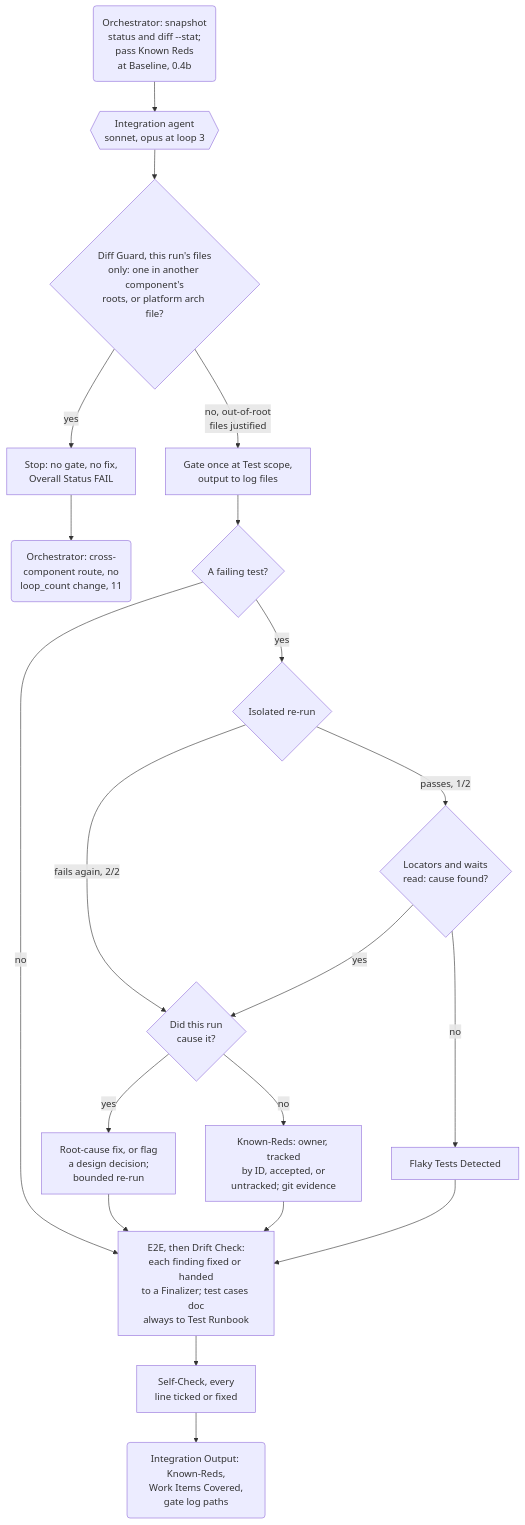
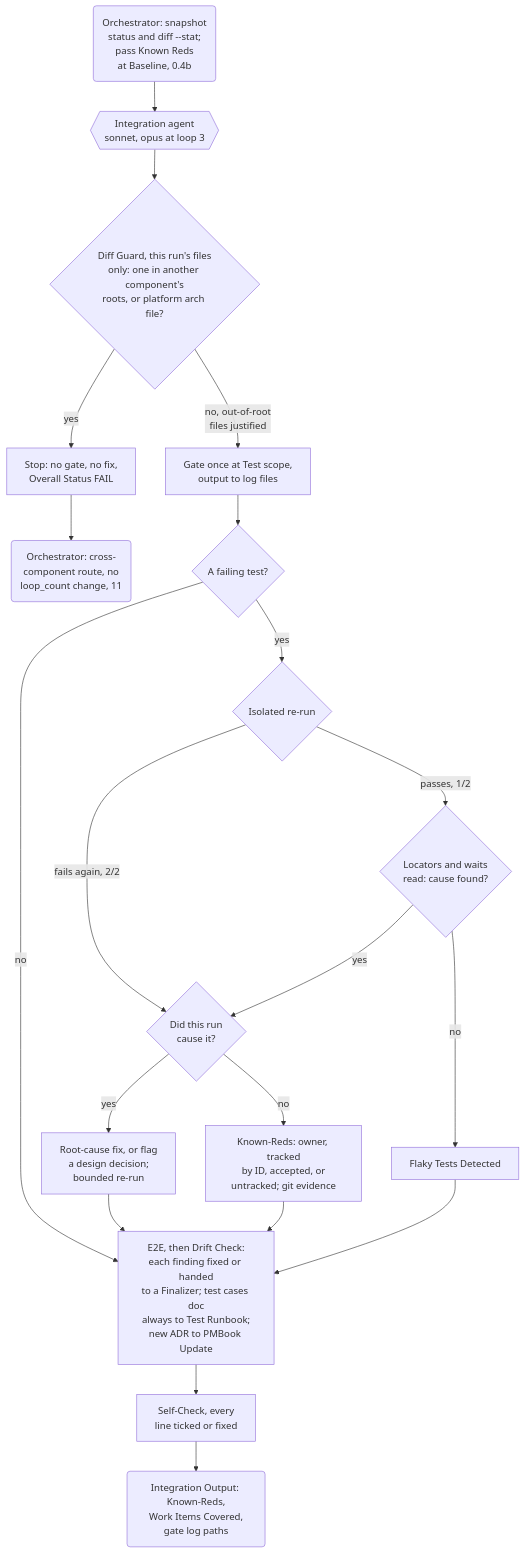
The second of 3 diagrams in skills/plugin-orchestrator-development-pattern/mermaid/06-phase2-integration.md (muhammedalikhan86/claude-stash), drawn with Mermaid before and after one commit. The commit also changed 26 other files, not shown here.

````diff
--- a/skills/plugin-orchestrator-development-pattern/mermaid/06-phase2-integration.md
+++ b/skills/plugin-orchestrator-development-pattern/mermaid/06-phase2-integration.md
@@ -25,22 +25,22 @@
 ```mermaid
 flowchart TD
     Snap("Orchestrator: snapshot<br/>status and diff --stat;<br/>pass Known Reds<br/>at Baseline, 0.4b") --> Int{{"Integration agent<br/>sonnet, opus at loop 3"}}
     Int --> Guard{"Diff Guard, this run's files<br/>only: one in another component's<br/>roots, or platform arch file?"}
     Guard -->|"yes"| GF["Stop: no gate, no fix,<br/>Overall Status FAIL"]
     GF --> XC("Orchestrator: cross-<br/>component route, no<br/>loop_count change, 11")
     Guard -->|"no, out-of-root<br/>files justified"| Gate["Gate once at Test scope,<br/>output to log files"]
     Gate --> Fails{"A failing test?"}
     Fails -->|"no"| E2E
     Fails -->|"yes"| Iso{"Isolated re-run"}
     Iso -->|"fails again, 2/2"| Caused{"Did this run<br/>cause it?"}
     Iso -->|"passes, 1/2"| Loc{"Locators and waits<br/>read: cause found?"}
     Loc -->|"yes"| Caused
     Loc -->|"no"| Flaky["Flaky Tests Detected"]
     Caused -->|"yes"| Fix["Root-cause fix, or flag<br/>a design decision;<br/>bounded re-run"]
     Caused -->|"no"| KR["Known-Reds: owner, tracked<br/>by ID, accepted, or<br/>untracked; git evidence"]
     KR --> E2E
     Flaky --> E2E
-    Fix --> E2E["E2E, then Drift Check:<br/>each finding fixed or handed<br/>to a Finalizer; test cases doc<br/>always to Test Runbook"]
+    Fix --> E2E["E2E, then Drift Check:<br/>each finding fixed or handed<br/>to a Finalizer; test cases doc<br/>always to Test Runbook;<br/>new ADR to PMBook Update"]
     E2E --> SC["Self-Check, every<br/>line ticked or fixed"]
     SC --> Out("Integration Output: Known-Reds,<br/>Work Items Covered,<br/>gate log paths")
 ```
````
